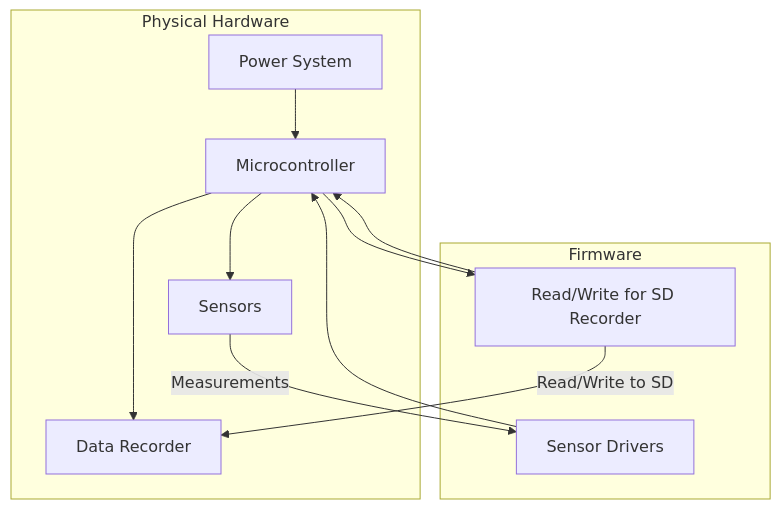
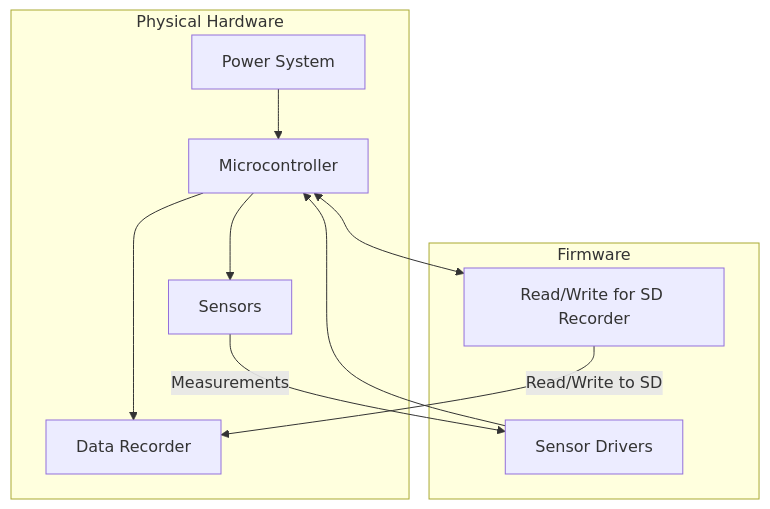
One commit to FerretInEmbeddedSystems/Basic-Weather-Balloon-BlackBox changed the diagram in README.md. Above: the diagram before and after it, drawn with Mermaid.

Commit message:
Update README.md
see if we can do a double arrow

````diff
--- a/README.md
+++ b/README.md
@@ -6,23 +6,22 @@
 ```mermaid
 flowchart TB
     subgraph HW["Physical Hardware"]
         MCU["Microcontroller"]
         S["Sensors"]
         DR["Data Recorder"]
         P["Power System"]
     end
 
     subgraph FW["Firmware"]
         SD["Sensor Drivers"]
         RC["Read/Write for SD Recorder"]
     end
 
     P --> MCU
     MCU --> S
     MCU --> DR
     S -->|"Measurements"| SD
     SD --> MCU
-    MCU --> RC
-    RC --> MCU
+    MCU <--> RC
     RC -->|"Read/Write to SD"| DR
 ```
````
